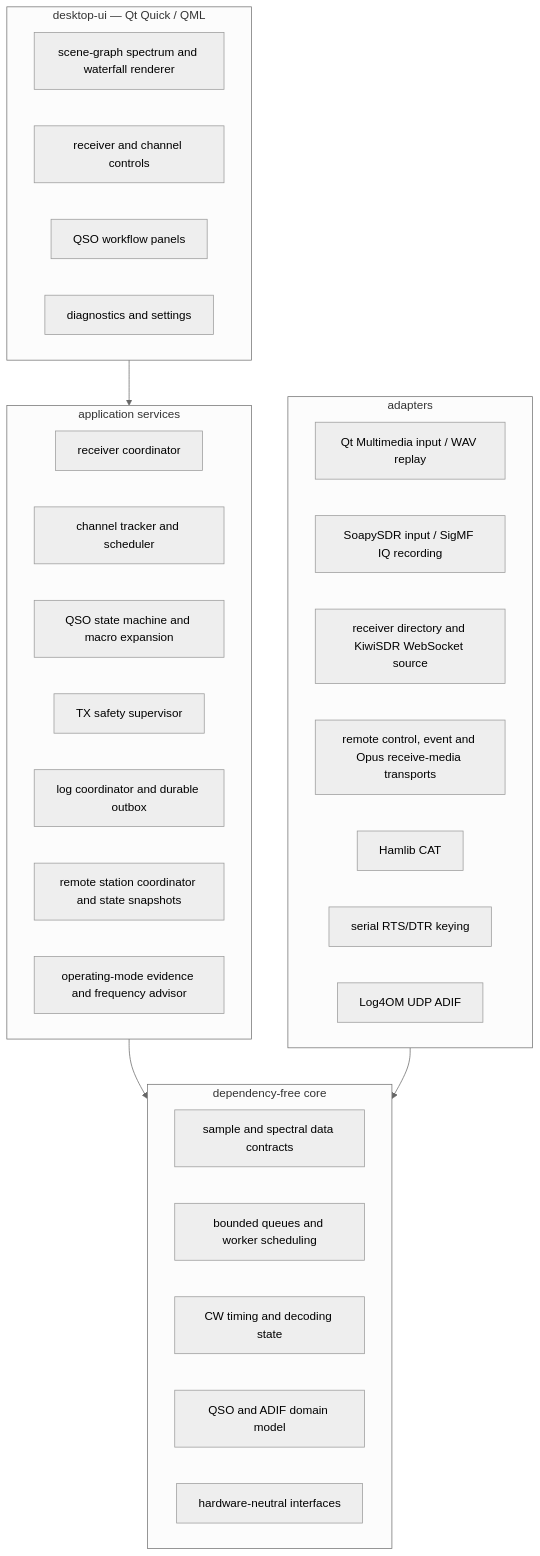
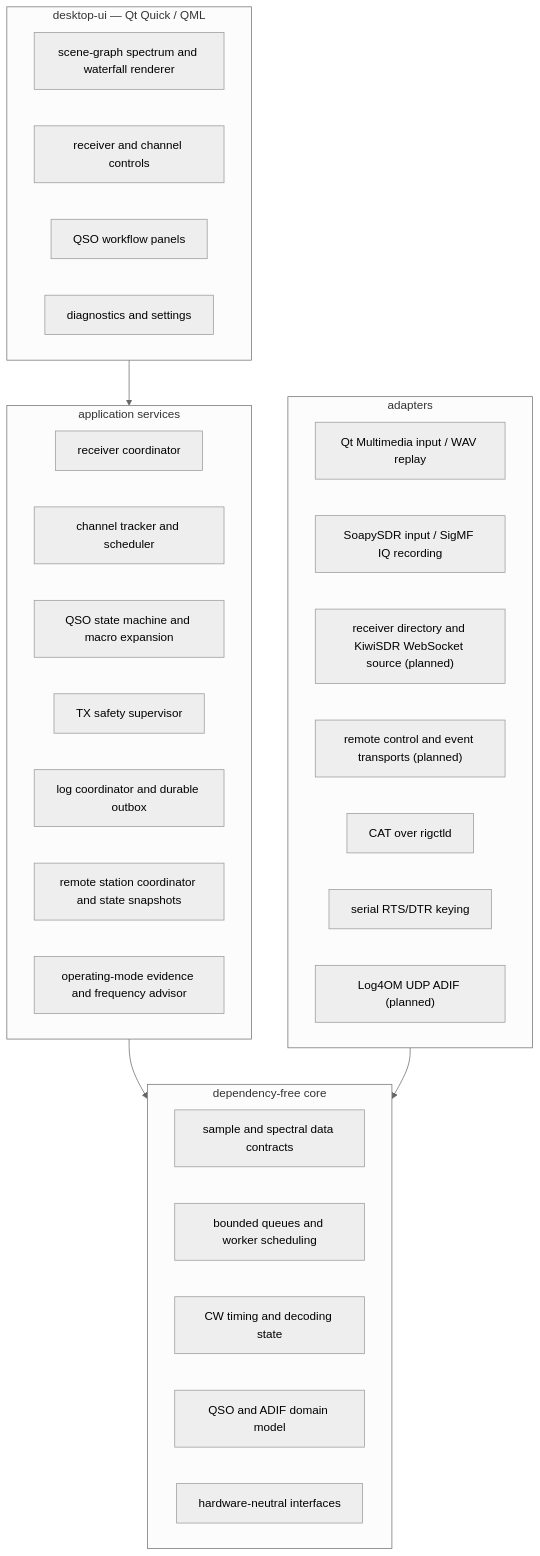
Before and after one commit to alessiobravi/CW-Assistant: the first of 4 diagrams in docs/architecture.md, drawn with Mermaid (neutral theme). The commit also changed other lines of this file, not shown here.

````diff
--- a/docs/architecture.md
+++ b/docs/architecture.md
@@ -5,36 +5,36 @@
 ```mermaid
 flowchart TB
   subgraph UI["desktop-ui — Qt Quick / QML"]
     U1["scene-graph spectrum and waterfall renderer"]
     U2["receiver and channel controls"]
     U3["QSO workflow panels"]
     U4["diagnostics and settings"]
   end
   subgraph SVC["application services"]
     S1["receiver coordinator"]
     S2["channel tracker and scheduler"]
     S3["QSO state machine and macro expansion"]
     S4["TX safety supervisor"]
     S5["log coordinator and durable outbox"]
     S6["remote station coordinator and state snapshots"]
     S7["operating-mode evidence and frequency advisor"]
   end
   subgraph CORE["dependency-free core"]
     C1["sample and spectral data contracts"]
     C2["bounded queues and worker scheduling"]
     C3["CW timing and decoding state"]
     C4["QSO and ADIF domain model"]
     C5["hardware-neutral interfaces"]
   end
   subgraph ADP["adapters"]
     A1["Qt Multimedia input / WAV replay"]
     A2["SoapySDR input / SigMF IQ recording"]
-    A3["receiver directory and KiwiSDR WebSocket source"]
-    A4["remote control, event and Opus receive-media transports"]
-    A5["Hamlib CAT"]
+    A3["receiver directory and KiwiSDR WebSocket source (planned)"]
+    A4["remote control and event transports (planned)"]
+    A5["CAT over rigctld"]
     A6["serial RTS/DTR keying"]
-    A7["Log4OM UDP ADIF"]
+    A7["Log4OM UDP ADIF (planned)"]
   end
   UI --> SVC --> CORE
   ADP --> CORE
 ```
````
